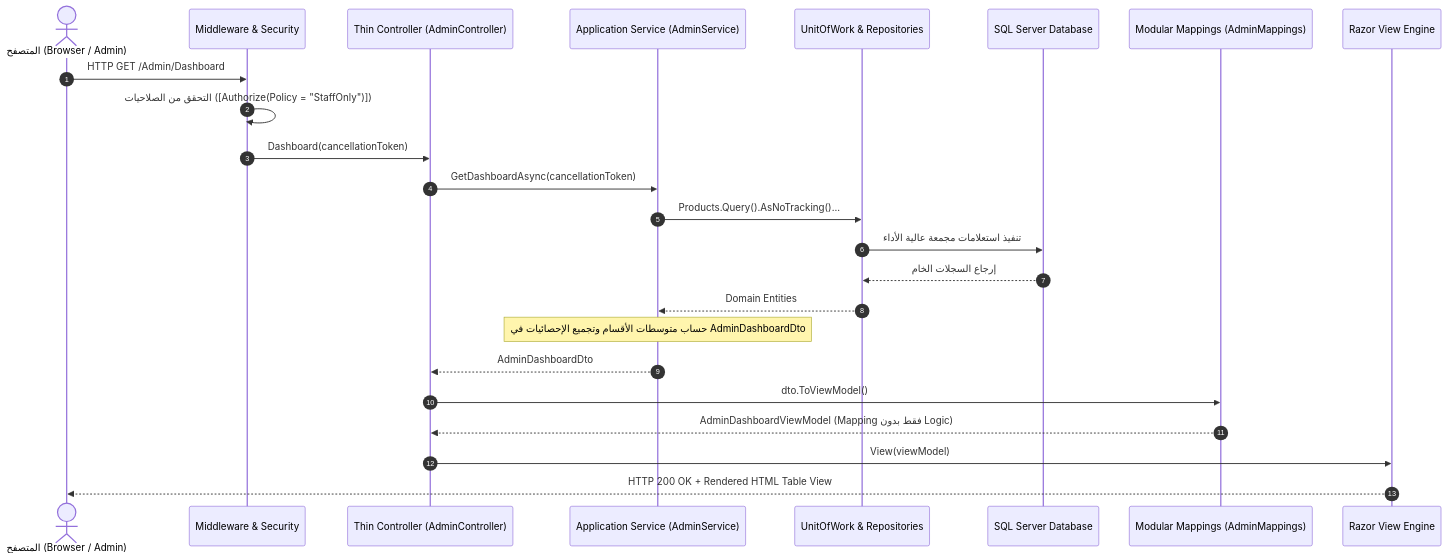
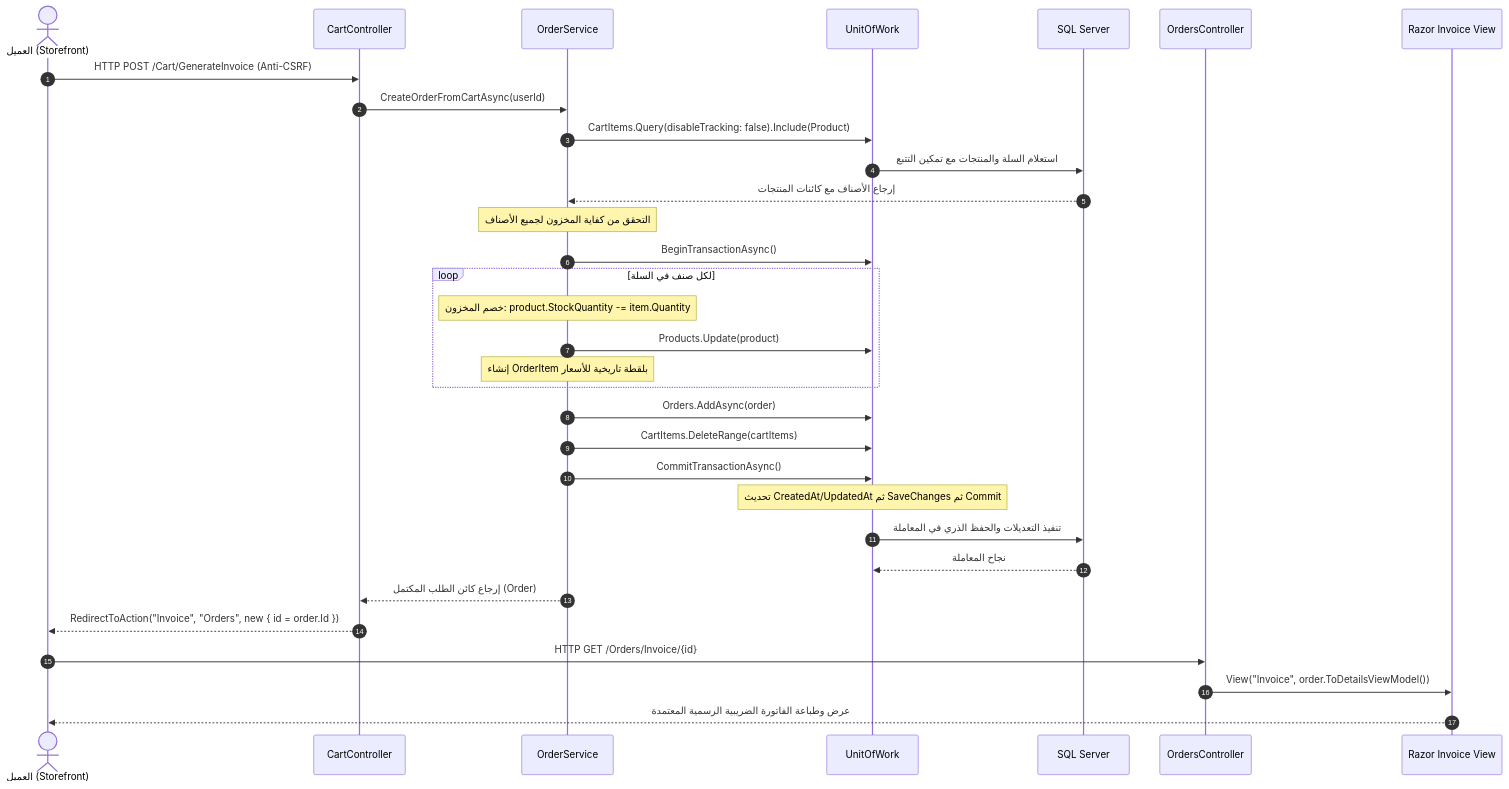
The second of 3 diagrams in project_documentation.md (AhmedEmadhammmad/NexaMart), drawn with Mermaid before and after one commit. The commit also changed other lines of this file and 49 other files, not shown here.

````diff
--- a/project_documentation.md
+++ b/project_documentation.md
@@ -468,31 +477,41 @@
 ```mermaid
 sequenceDiagram
     autonumber
-    actor Client as المتصفح (Browser / Admin)
-    participant Routing as Middleware & Security
-    participant Controller as Thin Controller (AdminController)
-    participant Service as Application Service (AdminService)
-    participant UOW as UnitOfWork & Repositories
-    participant DB as SQL Server Database
-    participant Mapper as Modular Mappings (AdminMappings)
-    participant Razor as Razor View Engine
+    actor Customer as العميل (Storefront)
+    participant CartCtrl as CartController
+    participant OrderSvc as OrderService
+    participant UOW as UnitOfWork
+    participant DB as SQL Server
+    participant OrdersCtrl as OrdersController
+    participant View as Razor Invoice View
 
-    Client->>Routing: HTTP GET /Admin/Dashboard
-    Routing->>Routing: التحقق من الصلاحيات ([Authorize(Policy = "StaffOnly")])
-    Routing->>Controller: Dashboard(cancellationToken)
+    Customer->>CartCtrl: HTTP POST /Cart/GenerateInvoice (Anti-CSRF)
+    CartCtrl->>OrderSvc: CreateOrderFromCartAsync(userId)
     
-    Controller->>Service: GetDashboardAsync(cancellationToken)
-    Service->>UOW: Products.Query().AsNoTracking()...
-    UOW->>DB: تنفيذ استعلامات مجمعة عالية الأداء
-    DB-->>UOW: إرجاع السجلات الخام
-    UOW-->>Service: Domain Entities
+    OrderSvc->>UOW: CartItems.Query(disableTracking: false).Include(Product)
+    UOW->>DB: استعلام السلة والمنتجات مع تمكين التتبع
+    DB-->>OrderSvc: إرجاع الأصناف مع كائنات المنتجات
     
-    Note over Service: حساب متوسطات الأقسام وتجميع الإحصائيات في AdminDashboardDto
-    Service-->>Controller: AdminDashboardDto
+    Note over OrderSvc: التحقق من كفاية المخزون لجميع الأصناف
+    OrderSvc->>UOW: BeginTransactionAsync()
     
-    Controller->>Mapper: dto.ToViewModel()
-    Mapper-->>Controller: AdminDashboardViewModel (Mapping فقط بدون Logic)
+    loop لكل صنف في السلة
+        Note over OrderSvc: خصم المخزون: product.StockQuantity -= item.Quantity
+        OrderSvc->>UOW: Products.Update(product)
+        Note over OrderSvc: إنشاء OrderItem بلقطة تاريخية للأسعار
+    end
     
-    Controller->>Razor: View(viewModel)
-    Razor-->>Client: HTTP 200 OK + Rendered HTML Table View
+    OrderSvc->>UOW: Orders.AddAsync(order)
+    OrderSvc->>UOW: CartItems.DeleteRange(cartItems)
+    
+    OrderSvc->>UOW: CommitTransactionAsync()
+    Note over UOW: تحديث CreatedAt/UpdatedAt ثم SaveChanges ثم Commit
+    UOW->>DB: تنفيذ التعديلات والحفظ الذري في المعاملة
+    DB-->>UOW: نجاح المعاملة
+    
+    OrderSvc-->>CartCtrl: إرجاع كائن الطلب المكتمل (Order)
+    CartCtrl-->>Customer: RedirectToAction("Invoice", "Orders", new { id = order.Id })
+    Customer->>OrdersCtrl: HTTP GET /Orders/Invoice/{id}
+    OrdersCtrl->>View: View("Invoice", order.ToDetailsViewModel())
+    View-->>Customer: عرض وطباعة الفاتورة الضريبية الرسمية المعتمدة
 ```
````
